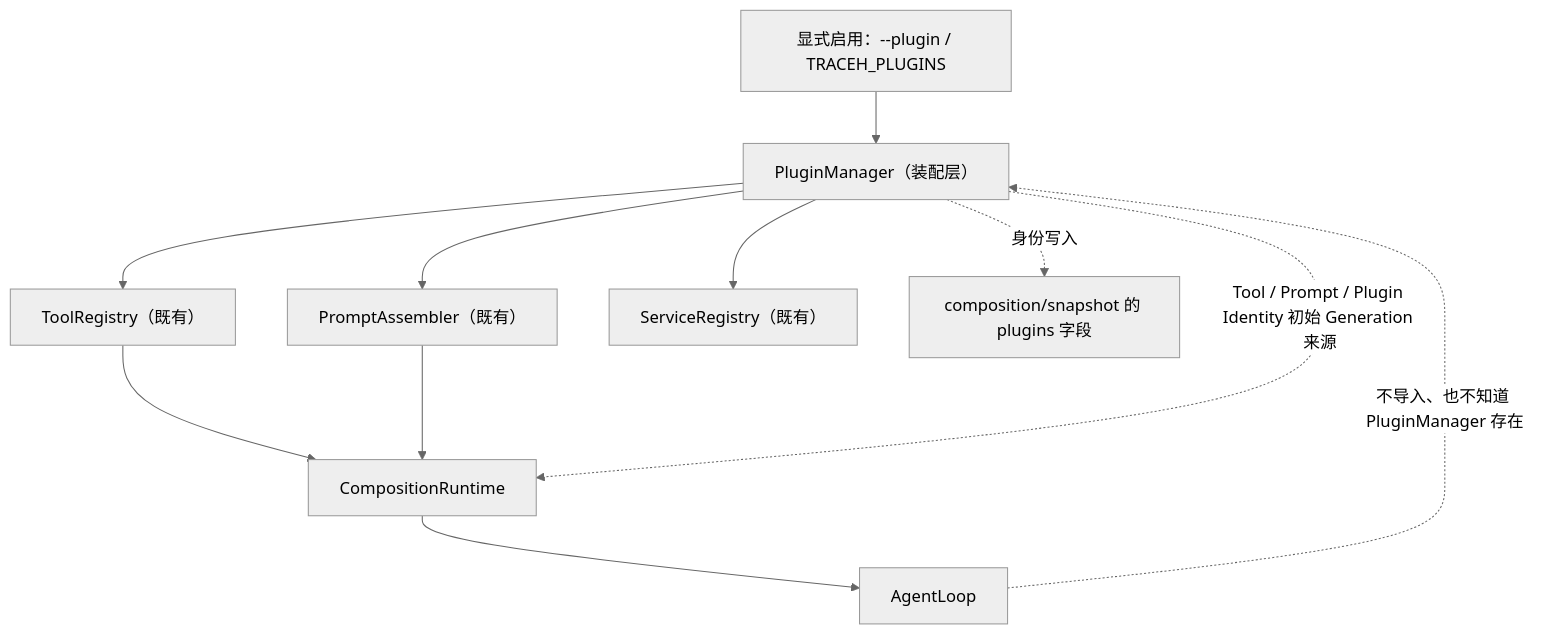
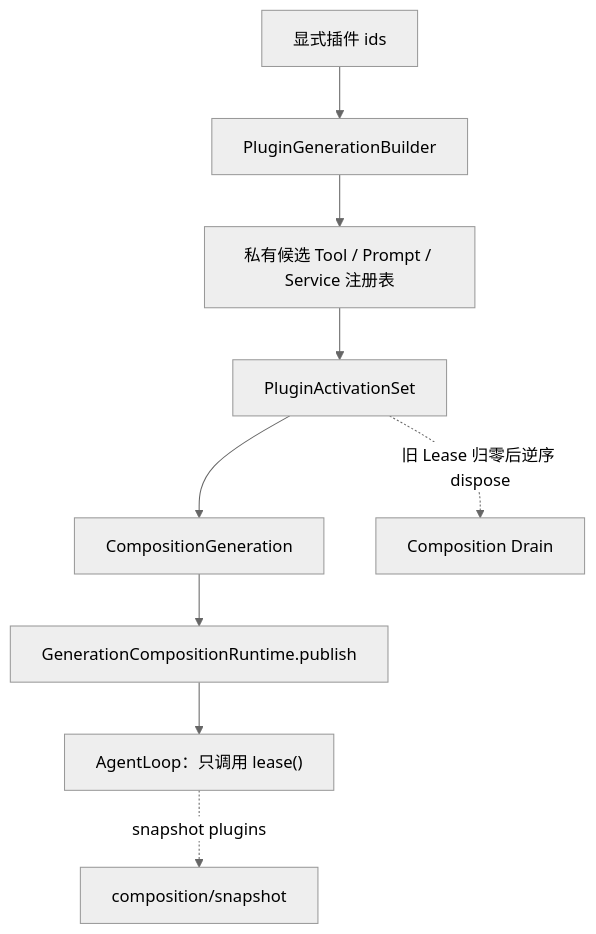
Before and after one commit to uboyme/traceHarness: the second of 11 diagrams in docs/note/project-context.md, drawn with Mermaid (neutral theme). The commit also changed other lines of this file and 17 other files, not shown here.

First line of the commit message:
feat: add generation-owned plugin composition replacement

````diff
--- a/docs/note/project-context.md
+++ b/docs/note/project-context.md
@@ -178,13 +178,11 @@
 ```mermaid
 flowchart TD
-    SEL["显式启用：--plugin / TRACEH_PLUGINS"] --> PM["PluginManager（装配层）"]
-    PM --> TR2["ToolRegistry（既有）"]
-    PM --> PA["PromptAssembler（既有）"]
-    PM --> SR["ServiceRegistry（既有）"]
-    TR2 --> CR2["CompositionRuntime"]
-    PA --> CR2
-    PM -. "Tool / Prompt / Plugin Identity 初始 Generation 来源" .-> CR2
-    CR2 --> AL2["AgentLoop"]
-    PM -. "身份写入" .-> SNAP["composition/snapshot 的 plugins 字段"]
-    AL2 -. "不导入、也不知道 PluginManager 存在" .-> PM
+    SEL["显式插件 ids"] --> PB["PluginGenerationBuilder"]
+    PB --> CAND["私有候选 Tool / Prompt / Service 注册表"]
+    CAND --> ACT["PluginActivationSet"]
+    ACT --> GEN["CompositionGeneration"]
+    GEN --> CR2["GenerationCompositionRuntime.publish"]
+    CR2 --> AL2["AgentLoop：只调用 lease()"]
+    ACT -. "旧 Lease 归零后逆序 dispose" .-> DRAIN["Composition Drain"]
+    AL2 -. "snapshot plugins" .-> SNAP["composition/snapshot"]
 ```
````
